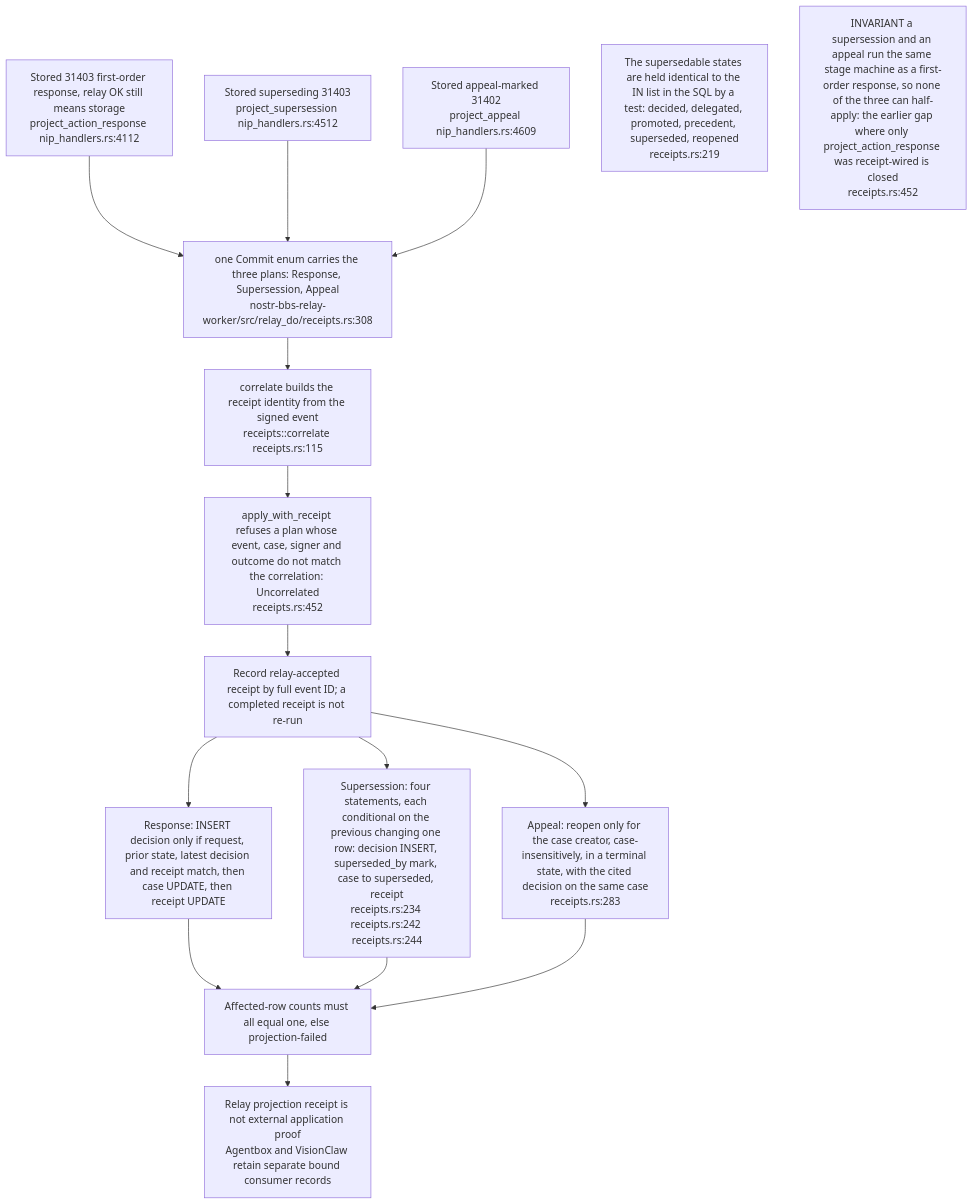
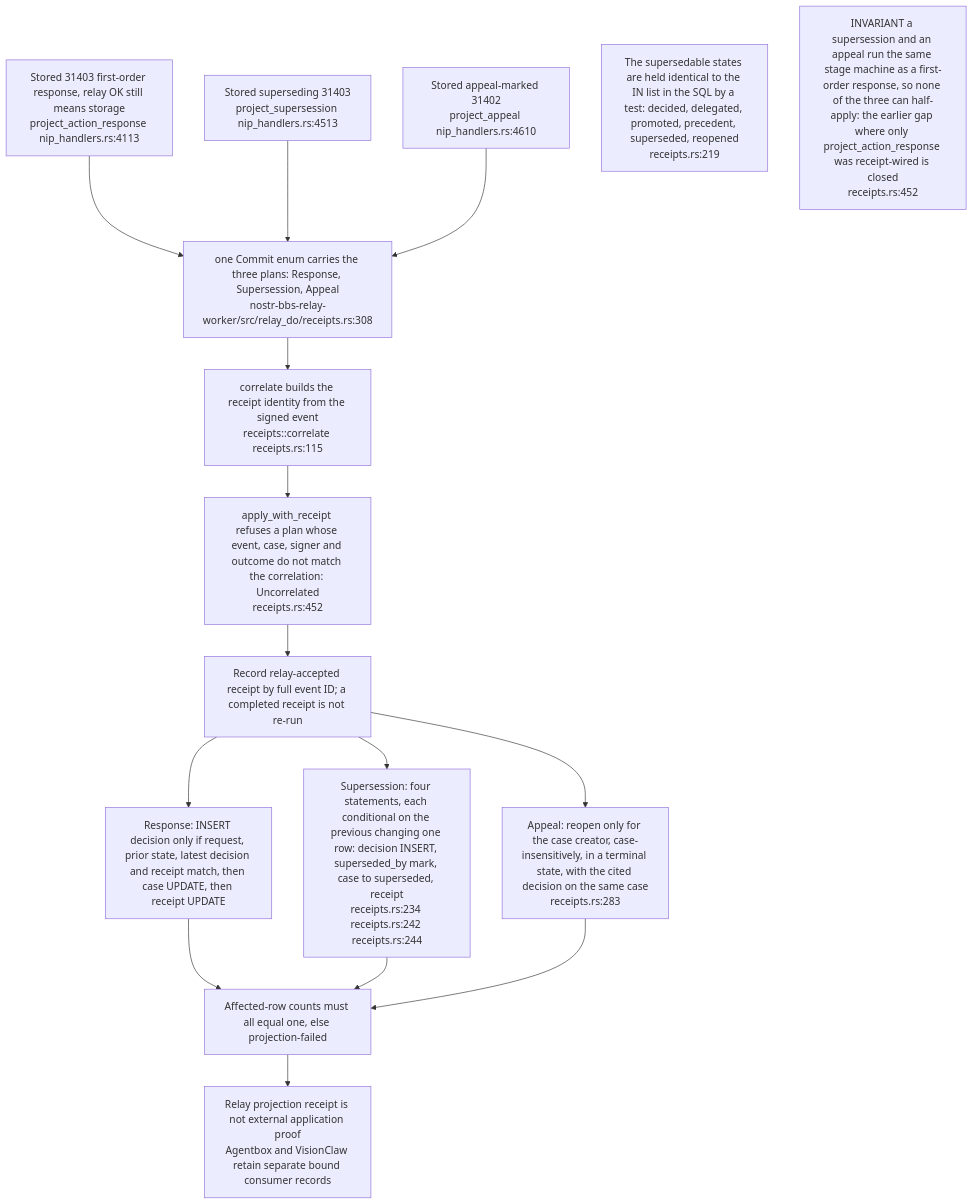
The ninth of 18 diagrams in docs/diagrams/nostr-rust-forum/06-agent-control-surface-31400-31405.md (DreamLab-AI/VisionFlow), drawn with Mermaid before and after one commit. The commit also changed other lines of this file and 23 other files, not shown here.

First line of the commit message:
docs(diagrams): pass C nostr-rust-forum area re-verified at de31aaa

````diff
--- a/docs/diagrams/nostr-rust-forum/06-agent-control-surface-31400-31405.md
+++ b/docs/diagrams/nostr-rust-forum/06-agent-control-surface-31400-31405.md
@@ -278,21 +278,21 @@
 ```mermaid
 flowchart TB
-    RESP["Stored 31403 first-order response, relay OK still means storage<br/>project_action_response nip_handlers.rs:4112"]
-    SUP["Stored superseding 31403<br/>project_supersession nip_handlers.rs:4512"]
-    APP["Stored appeal-marked 31402<br/>project_appeal nip_handlers.rs:4609"]
+    RESP["Stored 31403 first-order response, relay OK still means storage<br/>project_action_response nip_handlers.rs:4113"]
+    SUP["Stored superseding 31403<br/>project_supersession nip_handlers.rs:4513"]
+    APP["Stored appeal-marked 31402<br/>project_appeal nip_handlers.rs:4610"]
     COMMIT["one Commit enum carries the three plans: Response, Supersession, Appeal<br/>nostr-bbs-relay-worker/src/relay_do/receipts.rs:308"]
     CORR["correlate builds the receipt identity from the signed event<br/>receipts::correlate receipts.rs:115"]
     MATCH["apply_with_receipt refuses a plan whose event, case, signer and outcome do not match the correlation: Uncorrelated<br/>receipts.rs:452"]
     ACCEPT["Record relay-accepted receipt by full event ID; a completed receipt is not re-run"]
     SQLR["Response: INSERT decision only if request, prior state, latest decision and receipt match, then case UPDATE, then receipt UPDATE"]
     SQLS["Supersession: four statements, each conditional on the previous changing one row: decision INSERT, superseded_by mark, case to superseded, receipt<br/>receipts.rs:234 receipts.rs:242 receipts.rs:244"]
     SQLA["Appeal: reopen only for the case creator, case-insensitively, in a terminal state, with the cited decision on the same case<br/>receipts.rs:283"]
     CHECK["Affected-row counts must all equal one, else projection-failed"]
     LIMIT["Relay projection receipt is not external application proof<br/>Agentbox and VisionClaw retain separate bound consumer records"]
 
     RESP & SUP & APP --> COMMIT --> CORR --> MATCH --> ACCEPT
     ACCEPT --> SQLR & SQLS & SQLA --> CHECK --> LIMIT
 
     N1["The supersedable states are held identical to the IN list in the SQL by a test: decided, delegated, promoted, precedent, superseded, reopened<br/>receipts.rs:219"]
     N2["INVARIANT a supersession and an appeal run the same stage machine as a first-order response, so none of the three can half-apply: the earlier gap where only project_action_response was receipt-wired is closed<br/>receipts.rs:452"]
 ```
````
